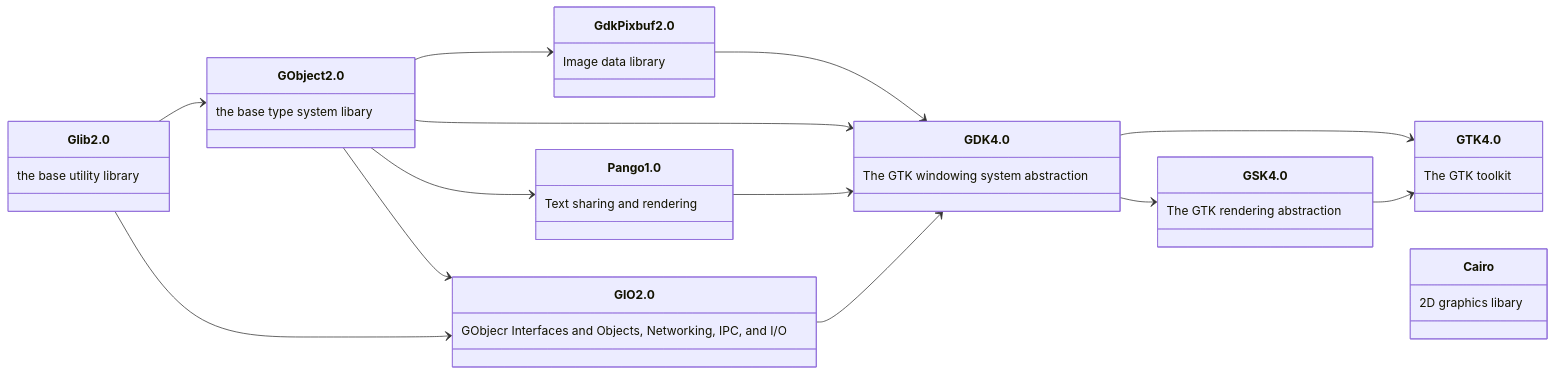
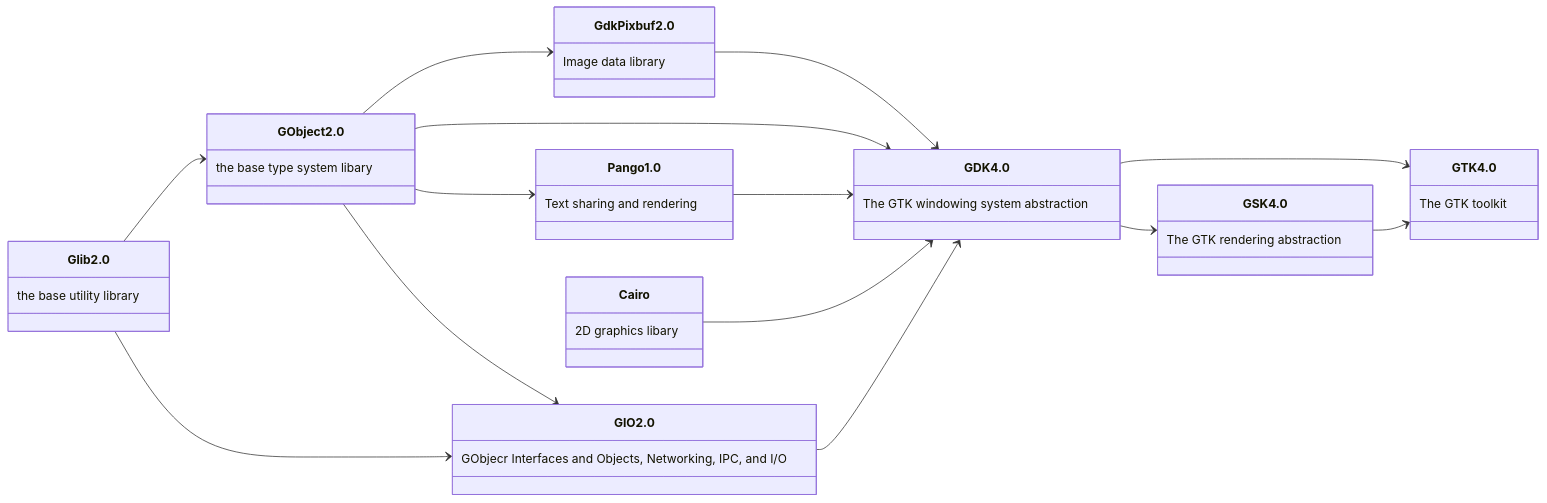
The diagram in readme.md (sechshelme/Lazarus-GNOME-GTK4-Packages_and_Examples), drawn with Mermaid before and after one commit.

````diff
--- a/readme.md
+++ b/readme.md
@@ -40,26 +40,27 @@
 ```mermaid
 classDiagram
 direction RL
 Glib 2.0:the base utility library
 GObject 2.0:the base type system libary
 GIO 2.0:GObjecr Interfaces and Objects, Networking, IPC, and I/O
 GdkPixbuf 2.0:Image data library
 Pango 1.0:Text sharing and rendering
 GDK 4.0:The GTK windowing system abstraction
 GSK 4.0:The GTK rendering abstraction
 GTK 4.0:The GTK toolkit
 Cairo:2D graphics libary
 
 GObject 2.0<--Glib 2.0
 GIO 2.0<--GObject 2.0
 GIO 2.0<--Glib 2.0
 GdkPixbuf 2.0<--GObject 2.0
 Pango 1.0<--GObject 2.0
 GDK 4.0<--GdkPixbuf 2.0
 GDK 4.0<--GObject 2.0
 GDK 4.0<--Pango 1.0
+GDK 4.0<--Cairo
 GDK 4.0<--GIO 2.0
 GSK 4.0<--GDK 4.0
 GTK 4.0<--GDK 4.0
 GTK 4.0<--GSK 4.0
 ```
````
